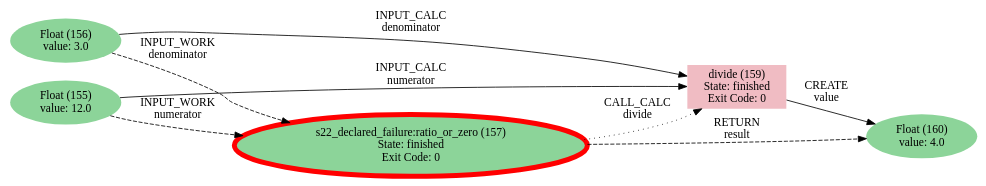
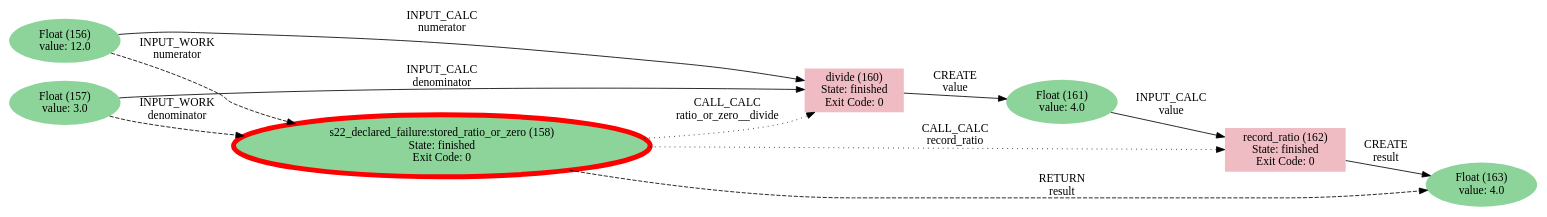
Before and after one commit to GeigerJ2/2026-11-19-v3-graph-language: the diagram in scripts/generated/s22_denominator_3.dot, drawn with Graphviz. The commit also changed 92 other files, not shown here.

```diff
--- a/scripts/generated/s22_denominator_3.dot
+++ b/scripts/generated/s22_denominator_3.dot
@@ -1,29 +1,40 @@
 digraph {
 	graph [rankdir=LR]
-	N157 [label="s22_declared_failure:ratio_or_zero (157)
+	N158 [label="s22_declared_failure:stored_ratio_or_zero (158)
 State: finished
 Exit Code: 0" color=red fillcolor="#8cd499ff" penwidth=6 shape=ellipse style=filled]
-	N155 [label="Float (155)
+	N156 [label="Float (156)
 value: 12.0" fillcolor="#8cd499ff" penwidth=0 shape=ellipse style=filled]
-	N156 [label="Float (156)
+	N157 [label="Float (157)
 value: 3.0" fillcolor="#8cd499ff" penwidth=0 shape=ellipse style=filled]
-	N159 [label="divide (159)
+	N160 [label="divide (160)
 State: finished
 Exit Code: 0" fillcolor="#de707f77" penwidth=0 shape=rectangle style=filled]
-	N160 [label="Float (160)
+	N161 [label="Float (161)
 value: 4.0" fillcolor="#8cd499ff" penwidth=0 shape=ellipse style=filled]
-	N157 -> N159 [label="CALL_CALC
-divide" color="#000000" style=dotted]
-	N156 -> N159 [label="INPUT_CALC
+	N162 [label="record_ratio (162)
+State: finished
+Exit Code: 0" fillcolor="#de707f77" penwidth=0 shape=rectangle style=filled]
+	N163 [label="Float (163)
+value: 4.0" fillcolor="#8cd499ff" penwidth=0 shape=ellipse style=filled]
+	N158 -> N162 [label="CALL_CALC
+record_ratio" color="#000000" style=dotted]
+	N161 -> N162 [label="INPUT_CALC
+value" color="#000000" style=solid]
+	N158 -> N163 [label="RETURN
+result" color="#000000" style=dashed]
+	N160 -> N161 [label="CREATE
+value" color="#000000" style=solid]
+	N158 -> N160 [label="CALL_CALC
+ratio_or_zero__divide" color="#000000" style=dotted]
+	N157 -> N158 [label="INPUT_WORK
+denominator" color="#000000" style=dashed]
+	N156 -> N158 [label="INPUT_WORK
+numerator" color="#000000" style=dashed]
+	N157 -> N160 [label="INPUT_CALC
 denominator" color="#000000" style=solid]
-	N155 -> N159 [label="INPUT_CALC
+	N156 -> N160 [label="INPUT_CALC
 numerator" color="#000000" style=solid]
-	N155 -> N157 [label="INPUT_WORK
-numerator" color="#000000" style=dashed]
-	N156 -> N157 [label="INPUT_WORK
-denominator" color="#000000" style=dashed]
-	N157 -> N160 [label="RETURN
-result" color="#000000" style=dashed]
-	N159 -> N160 [label="CREATE
-value" color="#000000" style=solid]
+	N162 -> N163 [label="CREATE
+result" color="#000000" style=solid]
 }
```
